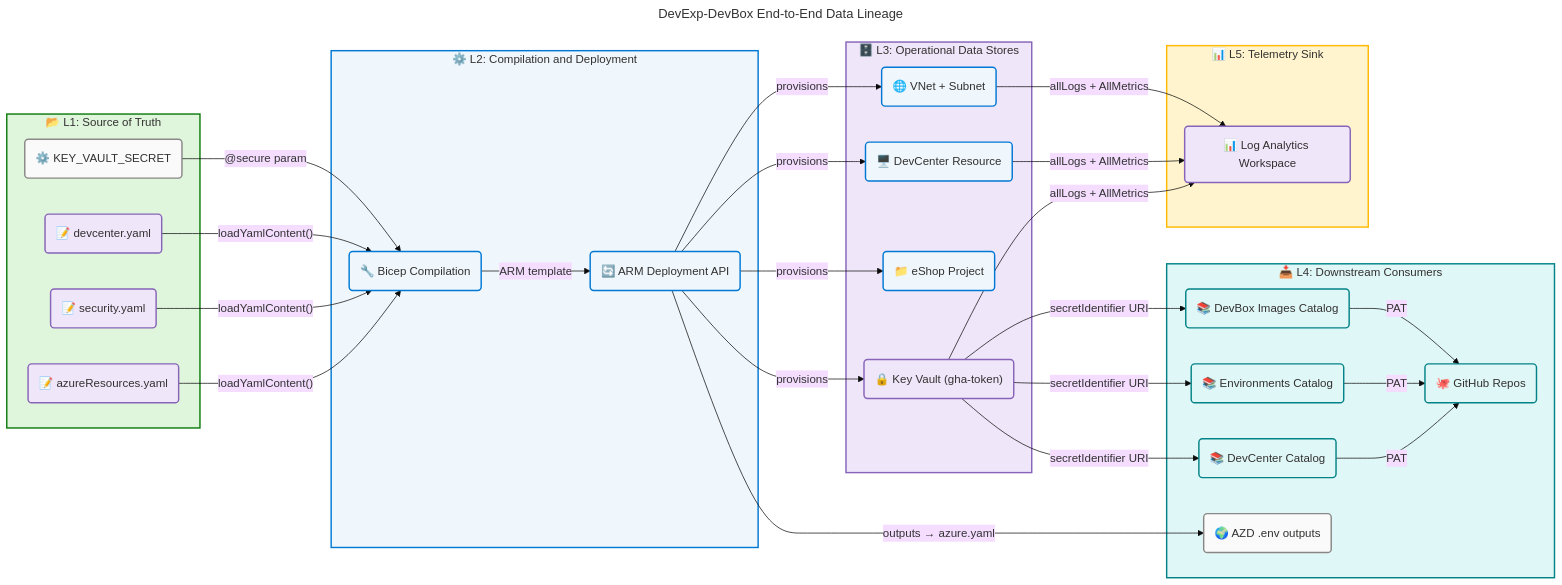
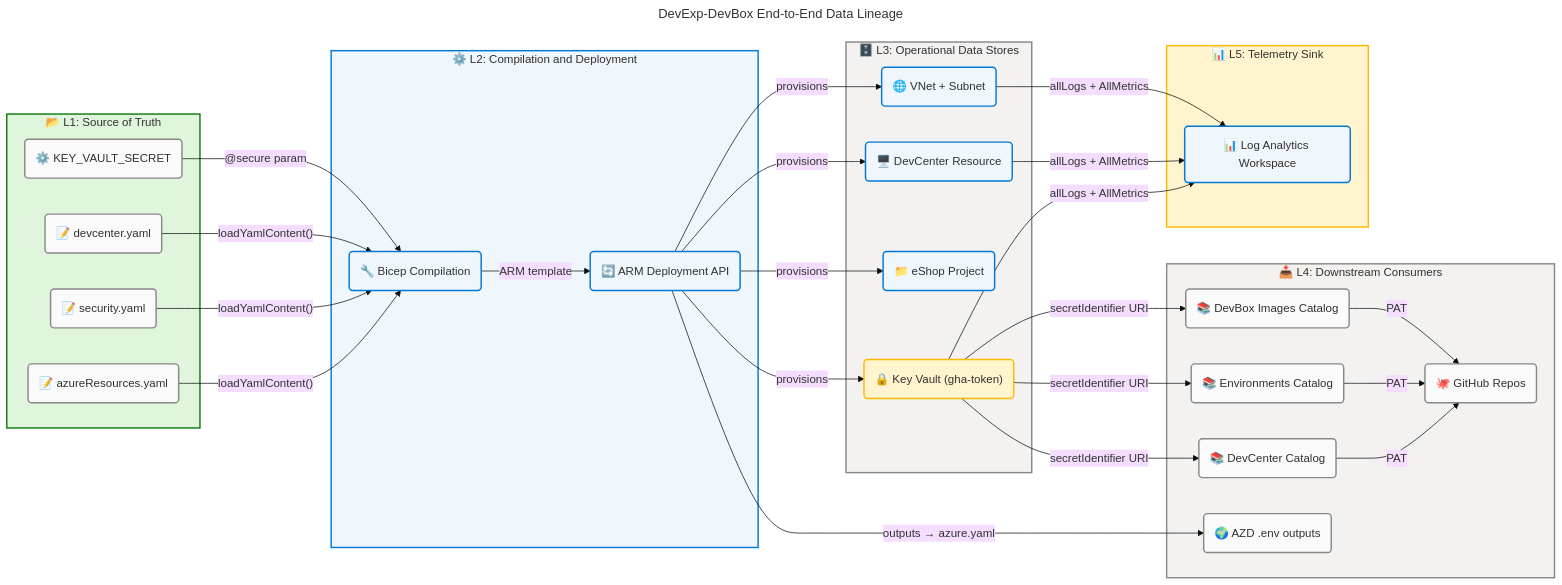
Before and after one commit to Evilazaro/DevExp-DevBox: the fifth of 5 diagrams in docs/architecture/data-architecture.md, drawn with Mermaid. The commit also changed 1 other file, not shown here.

Commit message:
refactor: Update Mermaid diagram styles for improved visual distinction in data architecture and technology architecture documentation

````diff
--- a/docs/architecture/data-architecture.md
+++ b/docs/architecture/data-architecture.md
@@ -1118,9 +1118,9 @@
     %% ═══════════════════════════════════════════════════════════════════════════
 
     subgraph origin["📂 L1: Source of Truth"]
-        ar("📝 azureResources.yaml"):::data
-        sec("📝 security.yaml"):::data
-        dc("📝 devcenter.yaml"):::data
+        ar("📝 azureResources.yaml"):::neutral
+        sec("📝 security.yaml"):::neutral
+        dc("📝 devcenter.yaml"):::neutral
         env("⚙️ KEY_VAULT_SECRET"):::neutral
     end
 
@@ -1130,22 +1130,22 @@
     end
 
     subgraph stores["🗄️ L3: Operational Data Stores"]
-        kv("🔒 Key Vault (gha-token)"):::data
+        kv("🔒 Key Vault (gha-token)"):::warning
         dcRes("🖥️ DevCenter Resource"):::core
         proj("📁 eShop Project"):::core
         vnet("🌐 VNet + Subnet"):::core
     end
 
     subgraph consumers["📥 L4: Downstream Consumers"]
-        dcCat("📚 DevCenter Catalog"):::external
-        projCat1("📚 Environments Catalog"):::external
-        projCat2("📚 DevBox Images Catalog"):::external
-        gitHub("🐙 GitHub Repos"):::external
+        dcCat("📚 DevCenter Catalog"):::neutral
+        projCat1("📚 Environments Catalog"):::neutral
+        projCat2("📚 DevBox Images Catalog"):::neutral
+        gitHub("🐙 GitHub Repos"):::neutral
         azdEnv("🌍 AZD .env outputs"):::neutral
     end
 
     subgraph telemetry["📊 L5: Telemetry Sink"]
-        law("📊 Log Analytics Workspace"):::data
+        law("📊 Log Analytics Workspace"):::core
     end
 
     ar -->|"loadYamlContent()"| bicep
@@ -1170,14 +1170,13 @@
 
     %% Centralized classDef declarations
     classDef core fill:#EFF6FC,stroke:#0078D4,stroke-width:2px,color:#323130
-    classDef data fill:#F0E6FA,stroke:#8764B8,stroke-width:2px,color:#323130
-    classDef external fill:#E0F7F7,stroke:#038387,stroke-width:2px,color:#323130
+    classDef warning fill:#FFF4CE,stroke:#FFB900,stroke-width:2px,color:#323130
     classDef neutral fill:#FAFAFA,stroke:#8A8886,stroke-width:2px,color:#323130
 
     %% Subgraph style directives
     style origin fill:#DFF6DD,stroke:#107C10,stroke-width:2px,color:#323130
     style transform fill:#EFF6FC,stroke:#0078D4,stroke-width:2px,color:#323130
-    style stores fill:#F0E6FA,stroke:#8764B8,stroke-width:2px,color:#323130
-    style consumers fill:#E0F7F7,stroke:#038387,stroke-width:2px,color:#323130
+    style stores fill:#F3F2F1,stroke:#8A8886,stroke-width:2px,color:#323130
+    style consumers fill:#F3F2F1,stroke:#8A8886,stroke-width:2px,color:#323130
     style telemetry fill:#FFF4CE,stroke:#FFB900,stroke-width:2px,color:#323130
 ```
````
